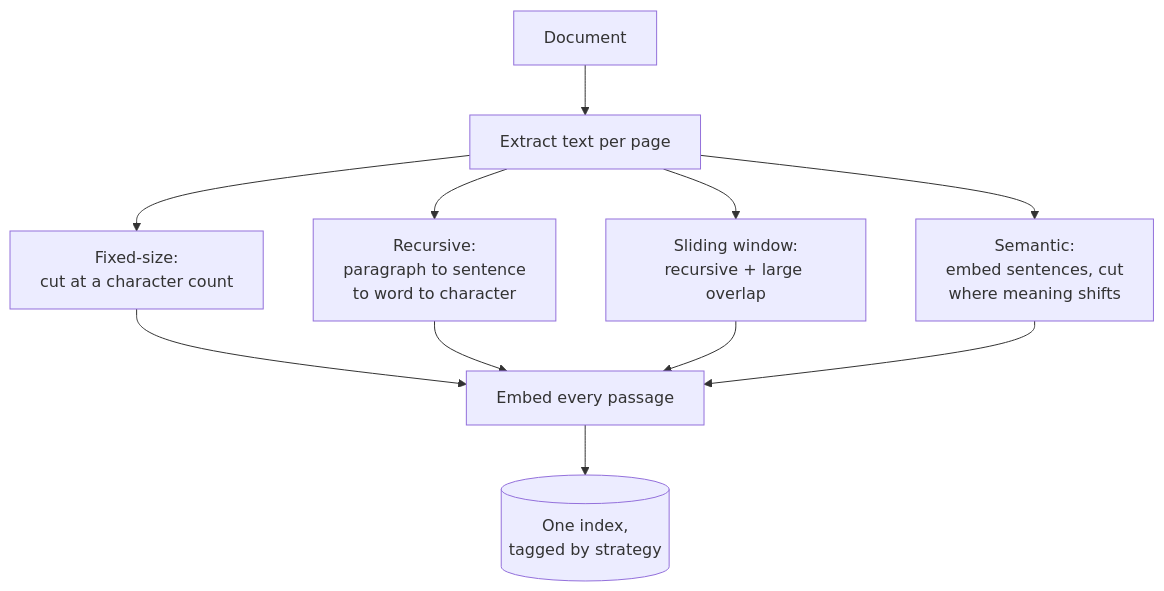
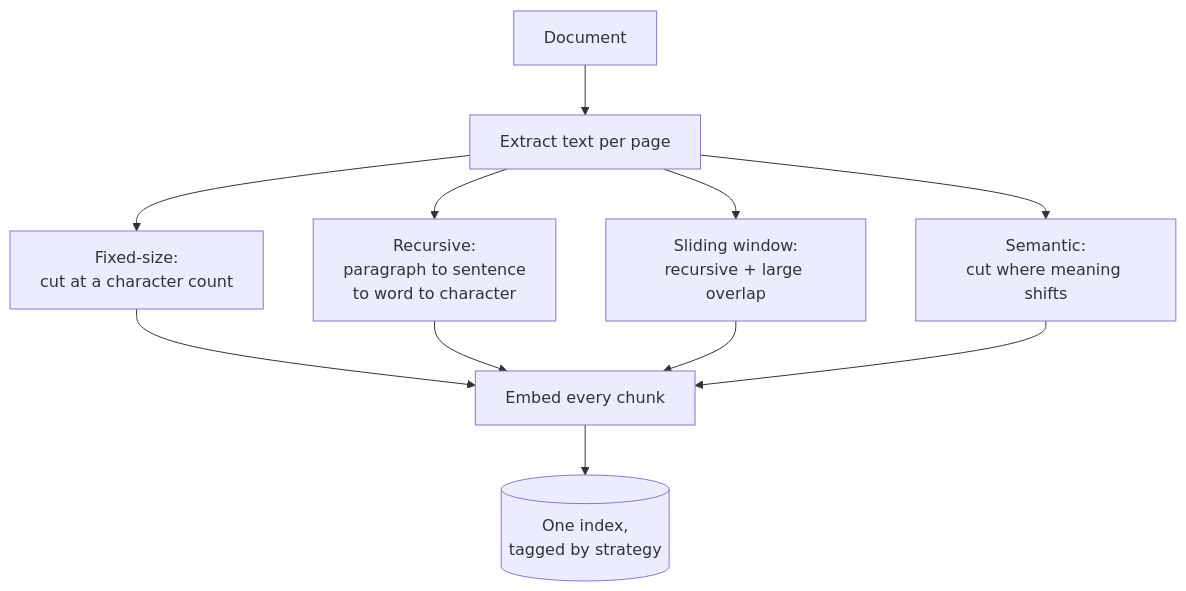
The fifth of 6 diagrams in app/demos/rag/chunking/README.md (jjaaxx44/genai-personal-lab-rag), drawn with Mermaid before and after one commit. The commit also changed other lines of this file and 32 other files, not shown here.

````diff
--- a/app/demos/rag/chunking/README.md
+++ b/app/demos/rag/chunking/README.md
@@ -107,13 +89,13 @@
 ```mermaid
 flowchart TD
   A["Document"] --> B["Extract text per page"]
   B --> F["Fixed-size:<br/>cut at a character count"]
   B --> R["Recursive:<br/>paragraph to sentence<br/>to word to character"]
   B --> W["Sliding window:<br/>recursive + large overlap"]
-  B --> S["Semantic:<br/>embed sentences, cut<br/>where meaning shifts"]
-  F --> E["Embed every passage"]
+  B --> S["Semantic:<br/>cut where meaning shifts"]
+  F --> E["Embed every chunk"]
   R --> E
   W --> E
   S --> E
   E --> D[("One index,<br/>tagged by strategy")]
 ```
````
